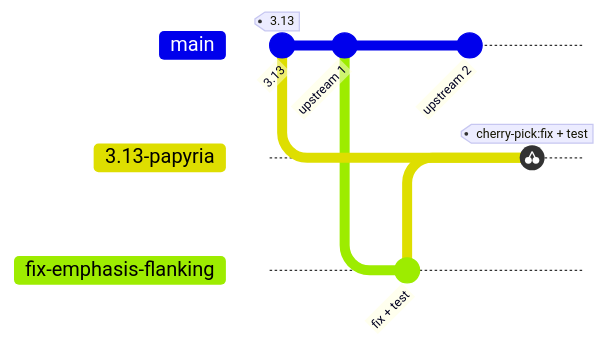
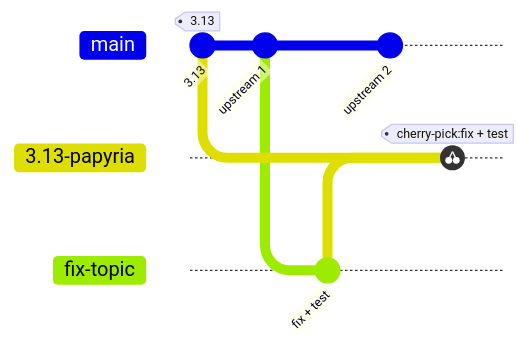
Before and after one commit to papyria/pandoc: the first of 3 diagrams in AGENTS.md, drawn with Mermaid. The commit also changed other lines of this file, not shown here.

Commit message:
AGENTS.md: emphasis flanking moved out of pandoc (PAP-1123)

````diff
--- a/AGENTS.md
+++ b/AGENTS.md
@@ -45,13 +45,13 @@
 ```mermaid
 gitGraph
     commit id: "3.13" tag: "3.13"
     branch 3.13-papyria
     checkout main
     commit id: "upstream 1"
-    branch fix-emphasis-flanking
+    branch fix-topic
     commit id: "fix + test"
     checkout main
     commit id: "upstream 2"
     checkout 3.13-papyria
     cherry-pick id: "fix + test"
 ```
````
